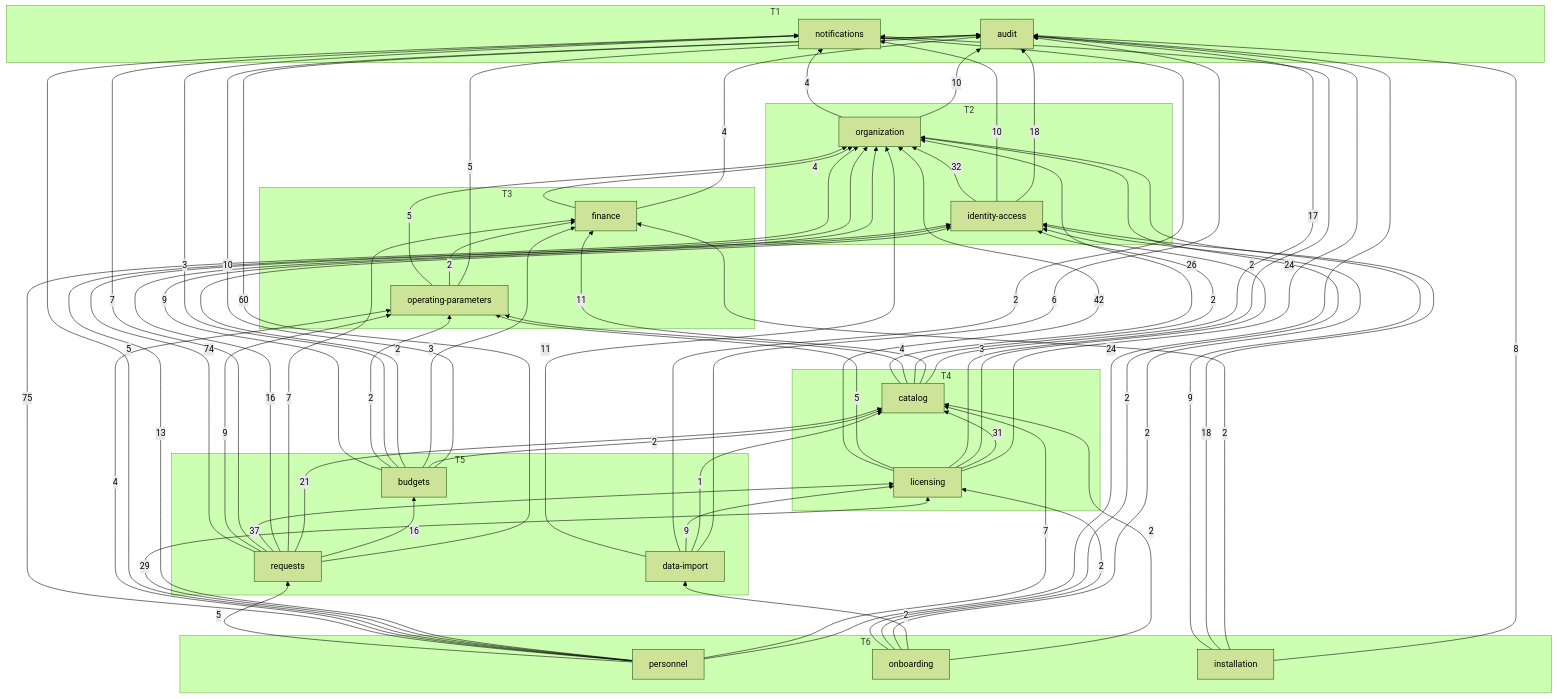
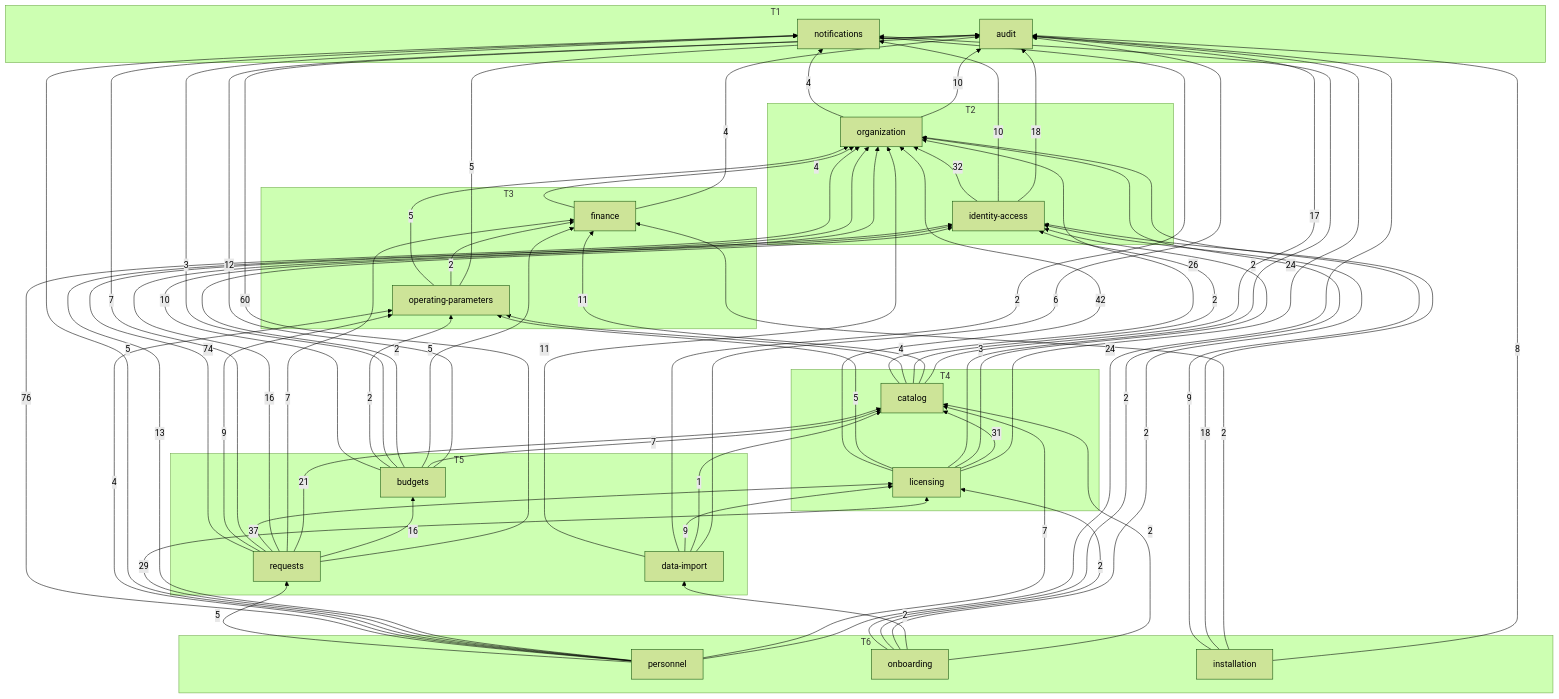
One commit to WDP301-FA26-GR8/BE changed the diagram in docs/generated/module-graph.md. Above: the diagram before and after it, drawn with Mermaid (forest theme). The commit also changed 2724 other files, not shown here.

```diff
--- a/docs/generated/module-graph.md
+++ b/docs/generated/module-graph.md
@@ -31,13 +31,13 @@
     onboarding["onboarding"]
     installation["installation"]
   end
-  budgets -->|10| audit
-  budgets -->|2| catalog
-  budgets -->|3| finance
+  budgets -->|12| audit
+  budgets -->|7| catalog
+  budgets -->|5| finance
   budgets -->|2| identity_access
   budgets -->|3| notifications
   budgets -->|2| operating_parameters
-  budgets -->|9| organization
+  budgets -->|10| organization
   catalog -->|17| audit
   catalog -->|11| finance
   catalog -->|2| identity_access
@@ -79,7 +79,7 @@
   personnel -->|29| licensing
   personnel -->|5| notifications
   personnel -->|4| operating_parameters
-  personnel -->|75| organization
+  personnel -->|76| organization
   personnel -->|5| requests
   requests -->|60| audit
   requests -->|16| budgets
```
